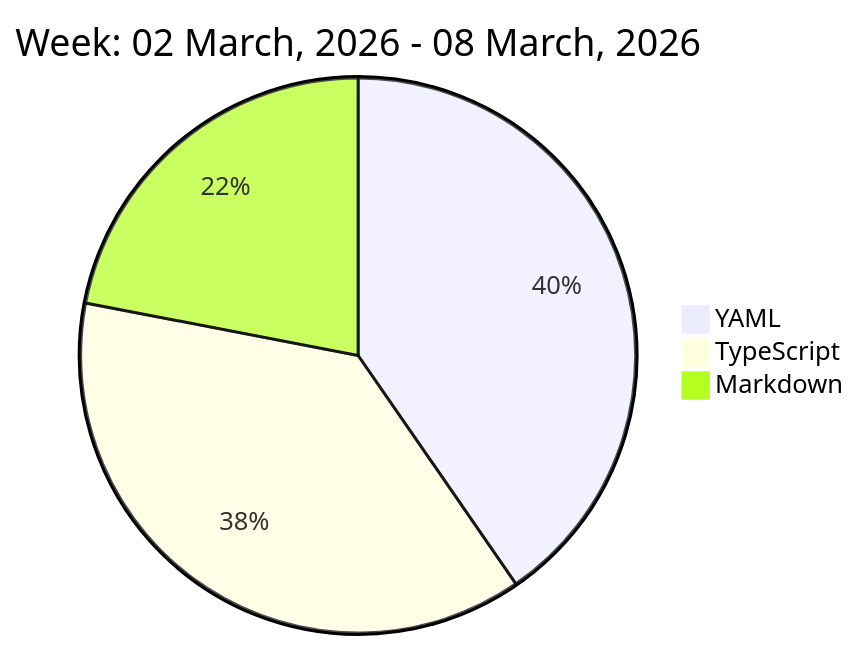
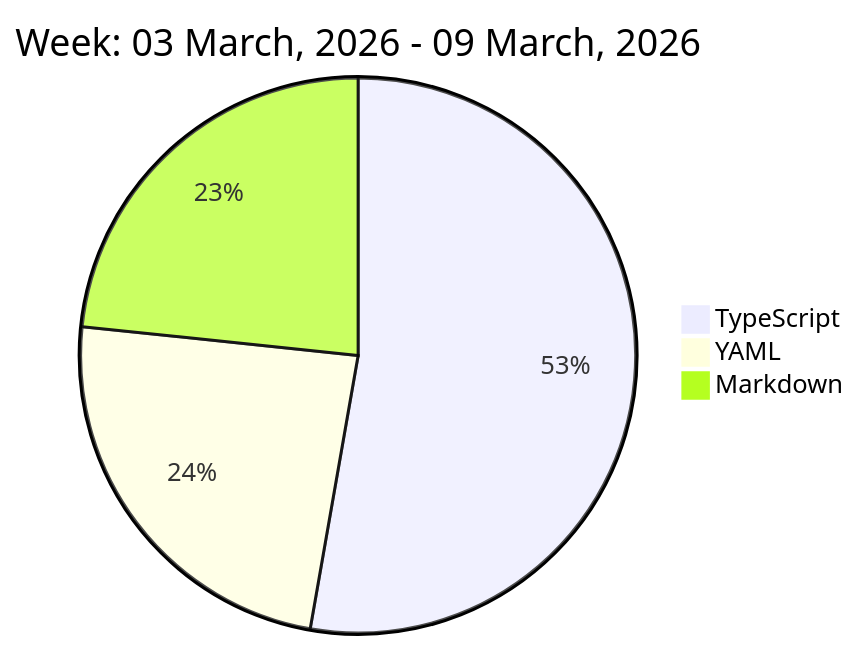
The diagram in README.md (liubin95/liubin95), drawn with Mermaid before and after one commit.

Commit message:
Updated the Graph with new Metrics

````diff
--- a/README.md
+++ b/README.md
@@ -37,7 +37,7 @@
 ```mermaid
  pie
-title Week: 02 March, 2026 - 08 March, 2026
- "YAML" : 5.33
- "TypeScript" : 4.97
- "Markdown" : 2.9
+title Week: 03 March, 2026 - 09 March, 2026
+ "TypeScript" : 6.78
+ "YAML" : 3.07
+ "Markdown" : 3.0
 ```
````
